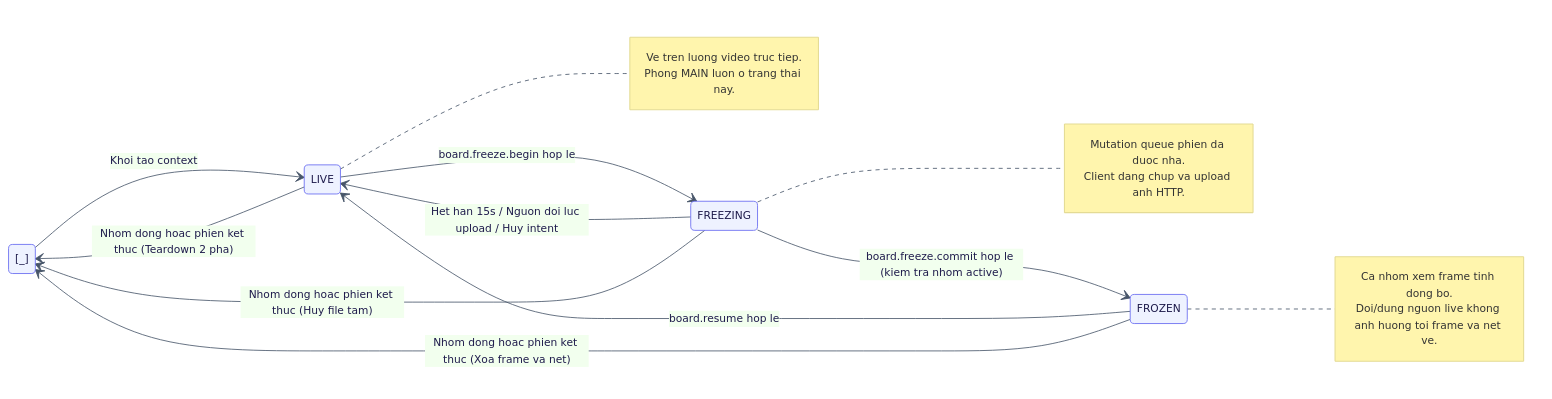
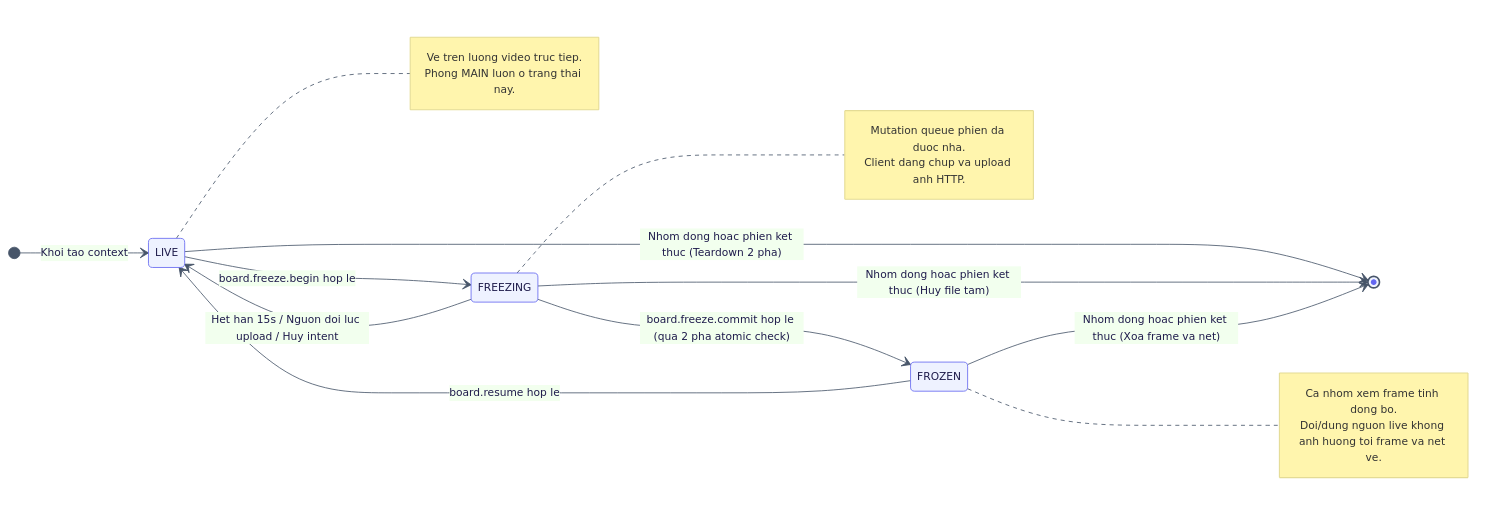
Before and after one commit to Lightning1507/CoLearnia: the second of 13 diagrams in docs/proposals/m5-board.md, drawn with Mermaid. The commit also changed other lines of this file, not shown here.

Commit message:
docs(board): address collaborator review on files schema, sync, permissions, and wbs

````diff
--- a/docs/proposals/m5-board.md
+++ b/docs/proposals/m5-board.md
@@ -272,28 +274,28 @@
 ```mermaid
 %%{init: {"theme":"base","themeVariables":{"fontFamily":"Inter, Helvetica, Arial","fontSize":"13px","primaryColor":"#EEF2FF","primaryBorderColor":"#6366F1","primaryTextColor":"#1E1B4B","lineColor":"#475569"}}}%%
 stateDiagram-v2
-direction LR
-[_] --> LIVE: Khoi tao context
-LIVE --> FREEZING: board.freeze.begin hop le
-FREEZING --> FROZEN: board.freeze.commit hop le (kiem tra nhom active)
-FREEZING --> LIVE: Het han 15s / Nguon doi luc upload / Huy intent
-FROZEN --> LIVE: board.resume hop le
-LIVE --> [_]: Nhom dong hoac phien ket thuc (Teardown 2 pha)
-FREEZING --> [_]: Nhom dong hoac phien ket thuc (Huy file tam)
-FROZEN --> [_]: Nhom dong hoac phien ket thuc (Xoa frame va net)
+  direction LR
+  [*] --> LIVE: Khoi tao context
+  LIVE --> FREEZING: board.freeze.begin hop le
+  FREEZING --> FROZEN: board.freeze.commit hop le (qua 2 pha atomic check)
+  FREEZING --> LIVE: Het han 15s / Nguon doi luc upload / Huy intent
+  FROZEN --> LIVE: board.resume hop le
+  LIVE --> [*]: Nhom dong hoac phien ket thuc (Teardown 2 pha)
+  FREEZING --> [*]: Nhom dong hoac phien ket thuc (Huy file tam)
+  FROZEN --> [*]: Nhom dong hoac phien ket thuc (Xoa frame va net)
 
-note right of LIVE
-Ve tren luong video truc tiep.
-Phong MAIN luon o trang thai nay.
-end note
+  note right of LIVE
+    Ve tren luong video truc tiep.
+    Phong MAIN luon o trang thai nay.
+  end note
 
-note right of FREEZING
-Mutation queue phien da duoc nha.
-Client dang chup va upload anh HTTP.
-end note
+  note right of FREEZING
+    Mutation queue phien da duoc nha.
+    Client dang chup va upload anh HTTP.
+  end note
 
-note right of FROZEN
-Ca nhom xem frame tinh dong bo.
-Doi/dung nguon live khong anh huong toi frame va net ve.
-end note
+  note right of FROZEN
+    Ca nhom xem frame tinh dong bo.
+    Doi/dung nguon live khong anh huong toi frame va net ve.
+  end note
 ```
````
